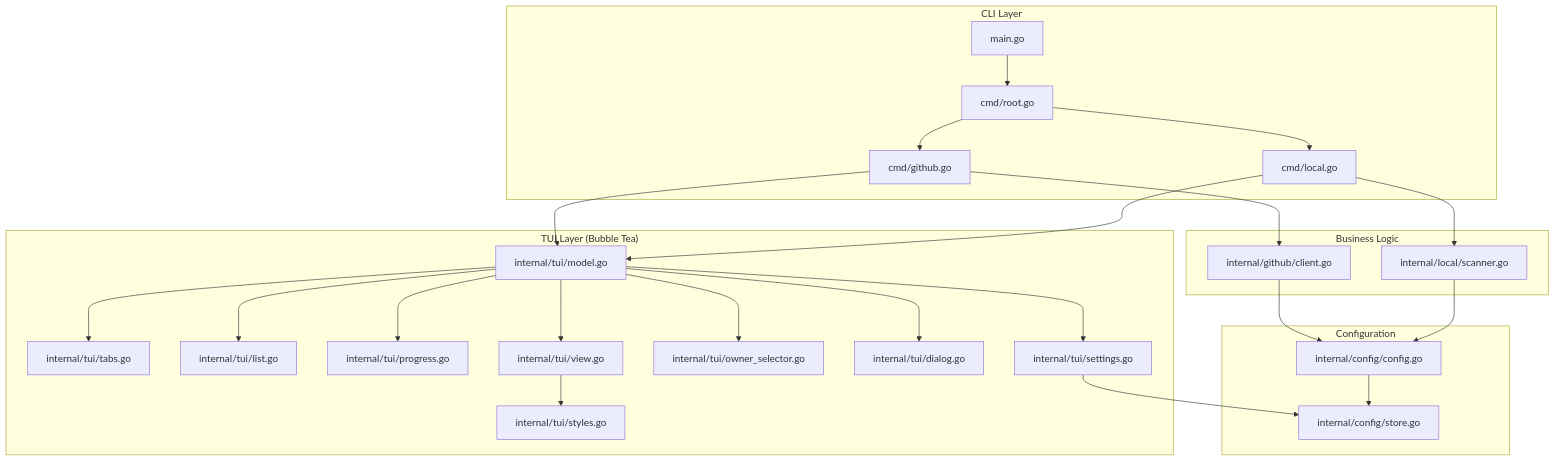
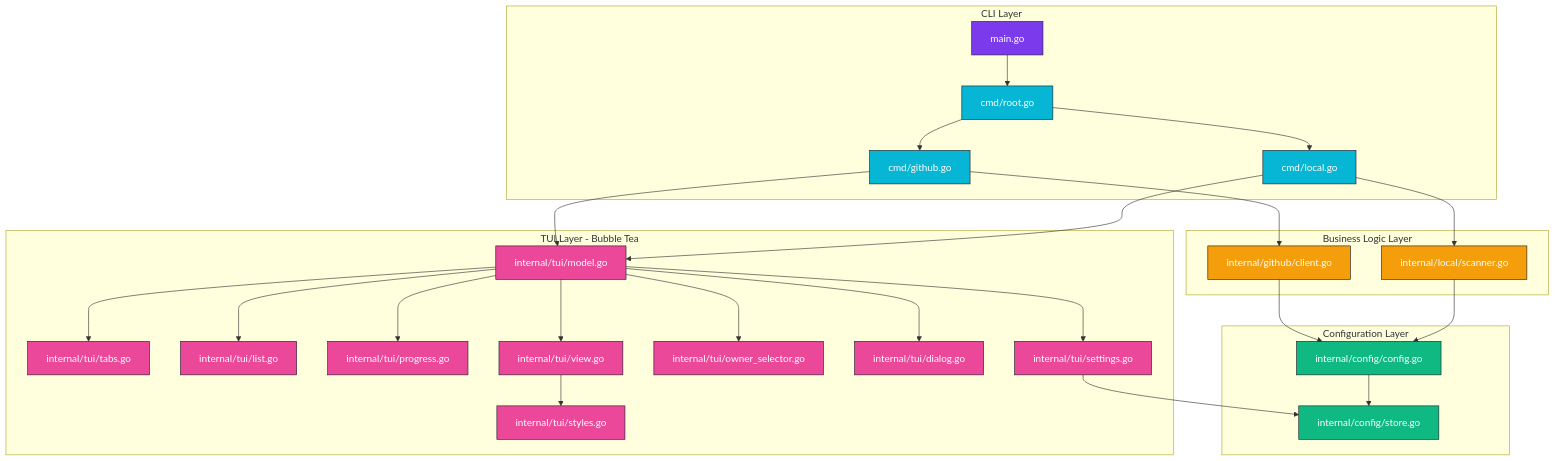
One commit to MoshPitCodes/repo.sync changed the diagram in README.md. Above: the diagram before and after it, drawn with Mermaid. The commit also changed other lines of this file, not shown here.

````diff
--- a/README.md
+++ b/README.md
@@ -287,47 +86,65 @@
 ```mermaid
 graph TB
     subgraph "CLI Layer"
         A[main.go] --> B[cmd/root.go]
         B --> C[cmd/github.go]
         B --> D[cmd/local.go]
     end
 
-    subgraph "Configuration"
+    subgraph "Configuration Layer"
         E[internal/config/config.go]
         E1[internal/config/store.go]
         E --> E1
     end
 
-    subgraph "Business Logic"
+    subgraph "Business Logic Layer"
         F[internal/github/client.go]
         G[internal/local/scanner.go]
     end
 
-    subgraph "TUI Layer (Bubble Tea)"
+    subgraph "TUI Layer - Bubble Tea"
         H[internal/tui/model.go]
         I[internal/tui/tabs.go]
         J[internal/tui/list.go]
         K[internal/tui/progress.go]
         L[internal/tui/settings.go]
         M[internal/tui/owner_selector.go]
         N[internal/tui/dialog.go]
         O[internal/tui/view.go]
         P[internal/tui/styles.go]
     end
 
     C --> F
     D --> G
     C --> H
     D --> H
     H --> I
     H --> J
     H --> K
     H --> L
     H --> M
     H --> N
     H --> O
     O --> P
     F --> E
     G --> E
     L --> E1
+
+    style A fill:#7C3AED,stroke:#1E1E2E,color:#fff
+    style B fill:#06B6D4,stroke:#1E1E2E,color:#fff
+    style C fill:#06B6D4,stroke:#1E1E2E,color:#fff
+    style D fill:#06B6D4,stroke:#1E1E2E,color:#fff
+    style E fill:#10B981,stroke:#1E1E2E,color:#fff
+    style E1 fill:#10B981,stroke:#1E1E2E,color:#fff
+    style F fill:#F59E0B,stroke:#1E1E2E,color:#fff
+    style G fill:#F59E0B,stroke:#1E1E2E,color:#fff
+    style H fill:#EC4899,stroke:#1E1E2E,color:#fff
+    style I fill:#EC4899,stroke:#1E1E2E,color:#fff
+    style J fill:#EC4899,stroke:#1E1E2E,color:#fff
+    style K fill:#EC4899,stroke:#1E1E2E,color:#fff
+    style L fill:#EC4899,stroke:#1E1E2E,color:#fff
+    style M fill:#EC4899,stroke:#1E1E2E,color:#fff
+    style N fill:#EC4899,stroke:#1E1E2E,color:#fff
+    style O fill:#EC4899,stroke:#1E1E2E,color:#fff
+    style P fill:#EC4899,stroke:#1E1E2E,color:#fff
 ```
````
